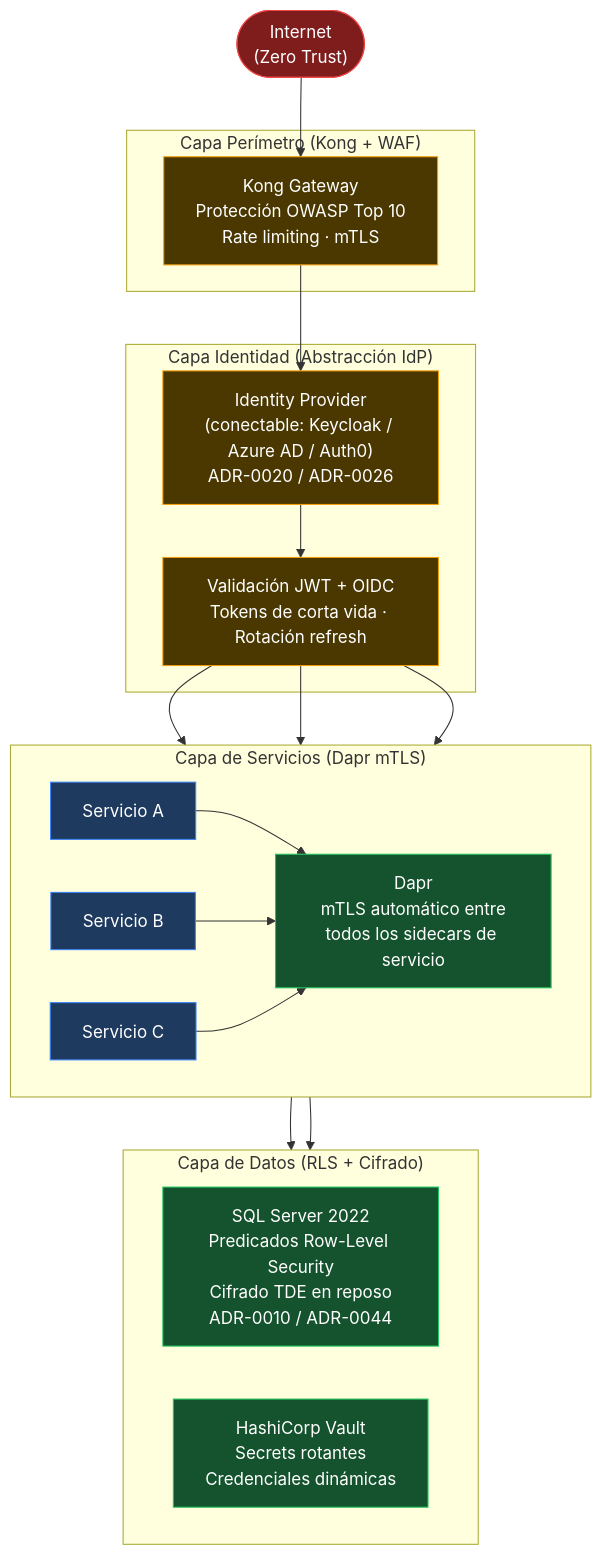
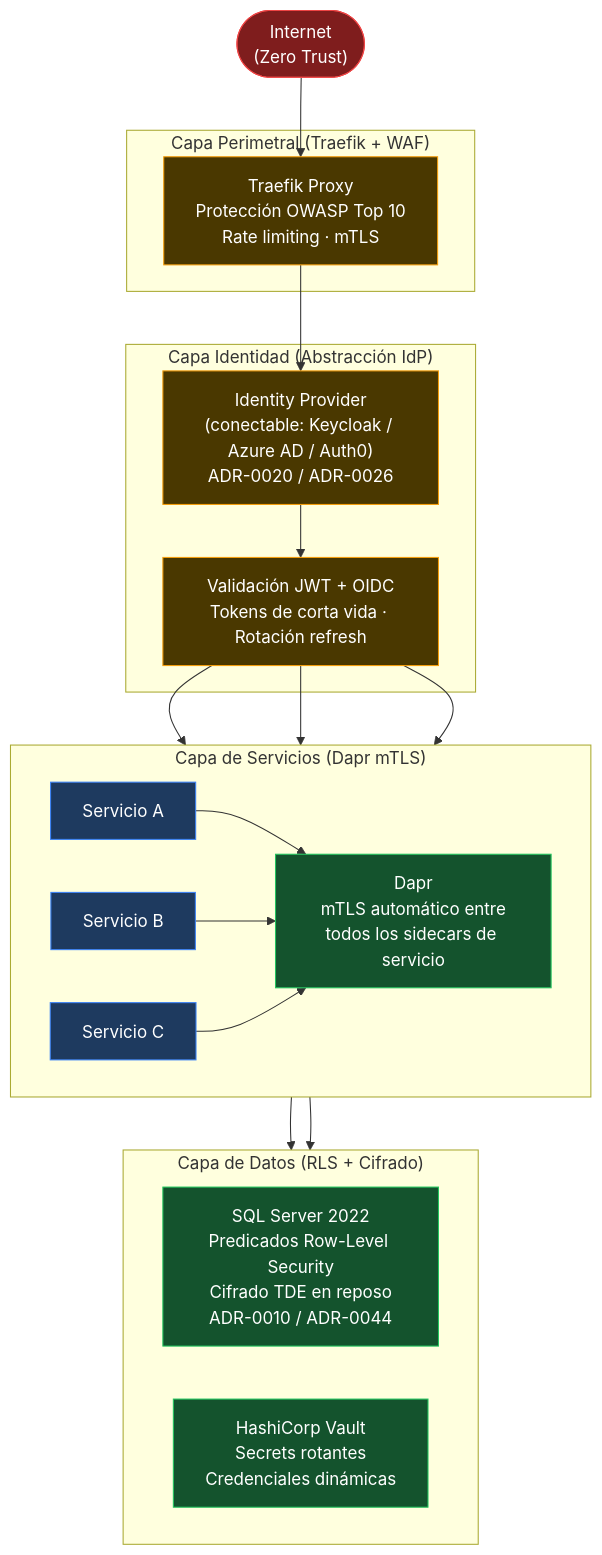
The fourth of 5 diagrams in reference/governance/standards/communication/visuals/v08-infrastructure-topology.es.md (beyondnetcode/evolith_arch32), drawn with Mermaid before and after one commit. The commit also changed other lines of this file and 23 other files, not shown here.

Commit message:
feat(infra): introduce helm charts, opa bundle architecture, and dual-engine governance rules

````diff
--- a/reference/governance/standards/communication/visuals/v08-infrastructure-topology.es.md
+++ b/reference/governance/standards/communication/visuals/v08-infrastructure-topology.es.md
@@ -176,39 +179,39 @@
 ```mermaid
 flowchart TD
     classDef untrusted fill:#7f1d1d,stroke:#ef4444,color:#fff
     classDef perimeter fill:#4a3800,stroke:#f59e0b,color:#fff
     classDef trusted fill:#14532d,stroke:#22c55e,color:#fff
     classDef service fill:#1e3a5f,stroke:#3b82f6,color:#fff
 
     INTERNET([" Internet\n(Zero Trust)"]):::untrusted
 
-    subgraph P1["Capa Perímetro (Kong + WAF)"]
-        KONG2["Kong Gateway\nProtección OWASP Top 10\nRate limiting · mTLS"]:::perimeter
+    subgraph P1["Capa Perimetral (Traefik + WAF)"]
+        TRAEFIK2["Traefik Proxy\nProtección OWASP Top 10\nRate limiting · mTLS"]:::perimeter
     end
 
     subgraph P2["Capa Identidad (Abstracción IdP)"]
         IDP["Identity Provider\n(conectable: Keycloak / Azure AD / Auth0)\nADR-0020 / ADR-0026"]:::perimeter
         JWT2["Validación JWT + OIDC\nTokens de corta vida · Rotación refresh"]:::perimeter
     end
 
     subgraph P3["Capa de Servicios (Dapr mTLS)"]
         direction LR
         SVC_A["Servicio A"]:::service
         SVC_B["Servicio B"]:::service
         SVC_C["Servicio C"]:::service
         DAPR2["Dapr\nmTLS automático entre\ntodos los sidecars de servicio"]:::trusted
     end
 
     subgraph P4["Capa de Datos (RLS + Cifrado)"]
         direction LR
         DB2["SQL Server 2022\nPredicados Row-Level Security\nCifrado TDE en reposo\nADR-0010 / ADR-0044"]:::trusted
         VAULT2["HashiCorp Vault\nSecrets rotantes\nCredenciales dinámicas"]:::trusted
     end
 
-    INTERNET --> KONG2
-    KONG2 --> IDP
+    INTERNET --> TRAEFIK2
+    TRAEFIK2 --> IDP
     IDP --> JWT2
     JWT2 --> SVC_A & SVC_B & SVC_C
     SVC_A & SVC_B & SVC_C --> DAPR2
     DAPR2 --> DB2 & VAULT2
 ```
````
